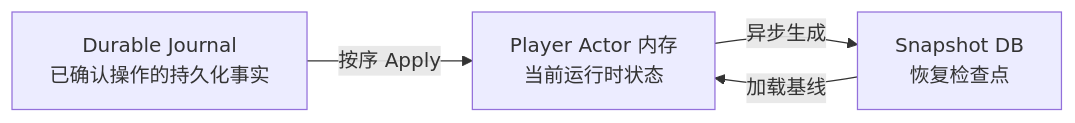
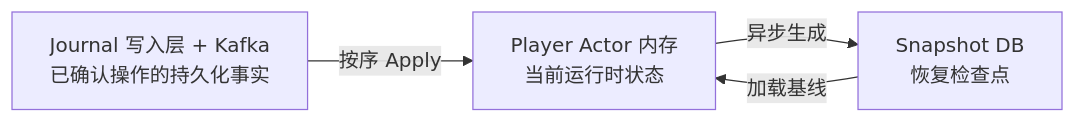
One commit to Wriosley/supernova-classic-farm changed the third of 33 diagrams in docs/architecture/stateful-zone-v2-architecture.md. Above: the diagram before and after it, drawn with Mermaid. The commit also changed other lines of this file and 15 other files, not shown here.

````diff
--- a/docs/architecture/stateful-zone-v2-architecture.md
+++ b/docs/architecture/stateful-zone-v2-architecture.md
@@ -103,9 +107,9 @@
 ```mermaid
 flowchart LR
     M["Player Actor 内存<br/>当前运行时状态"]
-    J["Durable Journal<br/>已确认操作的持久化事实"]
+    J["Journal 写入层 + Kafka<br/>已确认操作的持久化事实"]
     S["Snapshot DB<br/>恢复检查点"]
     J -->|"按序 Apply"| M
     M -->|"异步生成"| S
     S -->|"加载基线"| M
 ```
````
